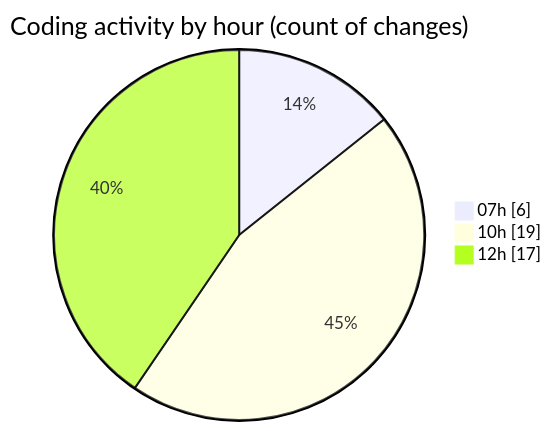
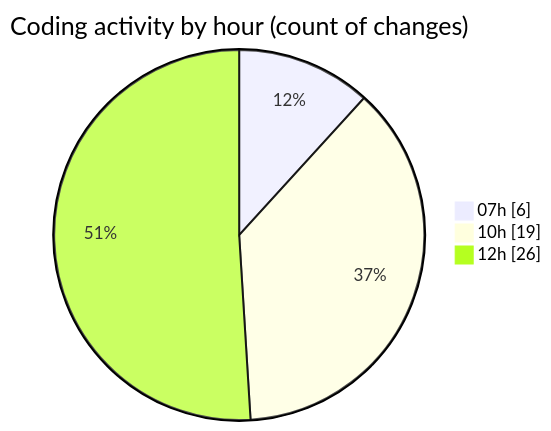
One commit to lephambinh05/code-tracking changed the second of 2 diagrams in 2025-08-14/rentotp/README.md. Above: the diagram before and after it, drawn with Mermaid. The commit also changed other lines of this file and 1 other file, not shown here.

````diff
--- a/2025-08-14/rentotp/README.md
+++ b/2025-08-14/rentotp/README.md
@@ -34,7 +34,7 @@
 ```mermaid
 pie showData
 title Coding activity by hour (count of changes)
 "07h" : 6
 "10h" : 19
-"12h" : 17
+"12h" : 26
 ```
````
